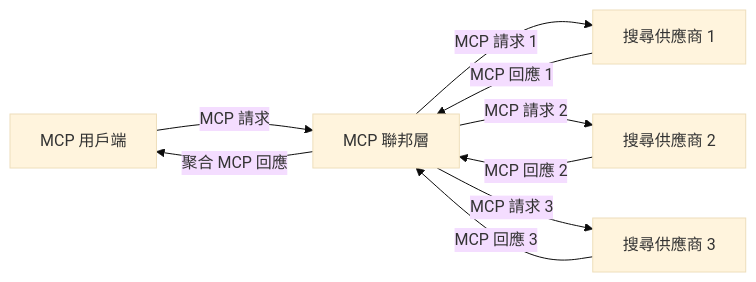
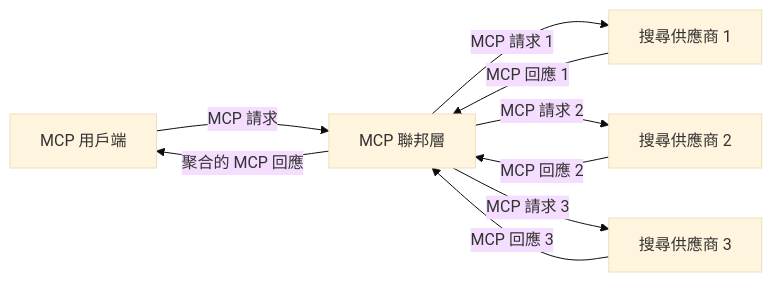
One commit to microsoft/mcp-for-beginners changed the third of 4 diagrams in translations/zh-HK/05-AdvancedTopics/mcp-realtimesearch/README.md. Above: the diagram before and after it, drawn with Mermaid (base theme). The commit also changed other lines of this file and 103 other files, not shown here.

````diff
--- a/translations/zh-HK/05-AdvancedTopics/mcp-realtimesearch/README.md
+++ b/translations/zh-HK/05-AdvancedTopics/mcp-realtimesearch/README.md
@@ -610,11 +612,11 @@
 ```mermaid
 graph LR
     Client[MCP 用戶端] --> |MCP 請求| Federation[MCP 聯邦層]
     Federation --> |MCP 請求 1| Search1[搜尋供應商 1]
     Federation --> |MCP 請求 2| Search2[搜尋供應商 2]
     Federation --> |MCP 請求 3| Search3[搜尋供應商 3]
     Search1 --> |MCP 回應 1| Federation
     Search2 --> |MCP 回應 2| Federation
     Search3 --> |MCP 回應 3| Federation
-    Federation --> |聚合 MCP 回應| Client
+    Federation --> |聚合的 MCP 回應| Client
 ```
````
